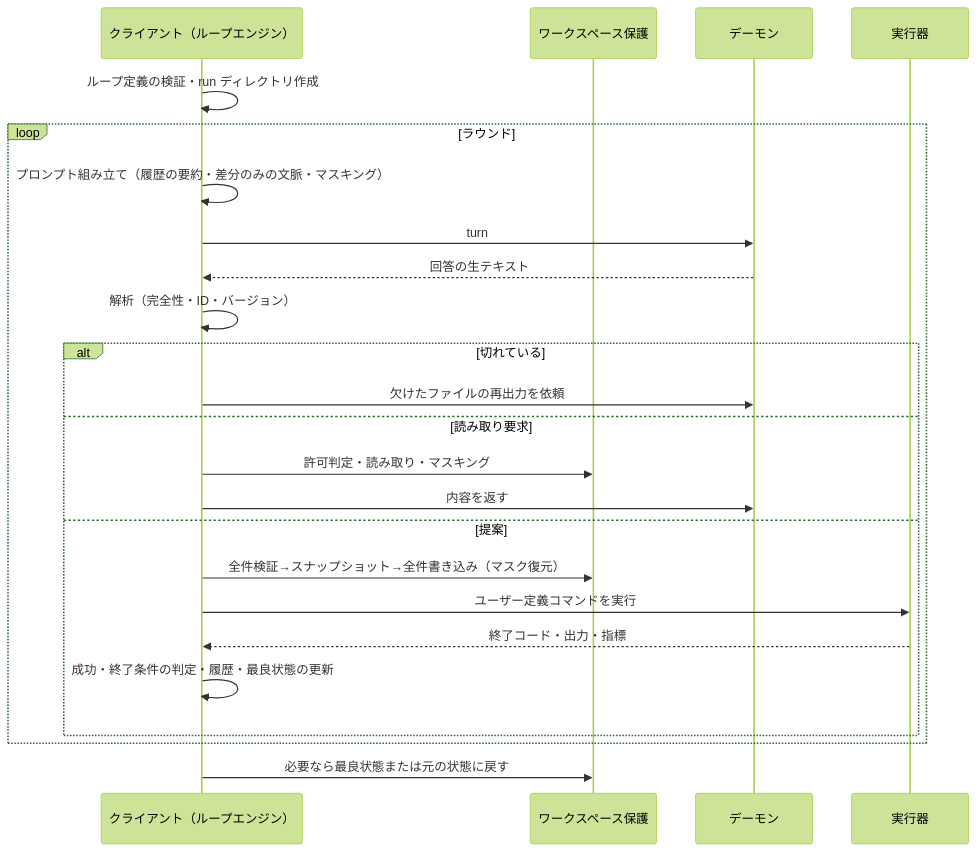
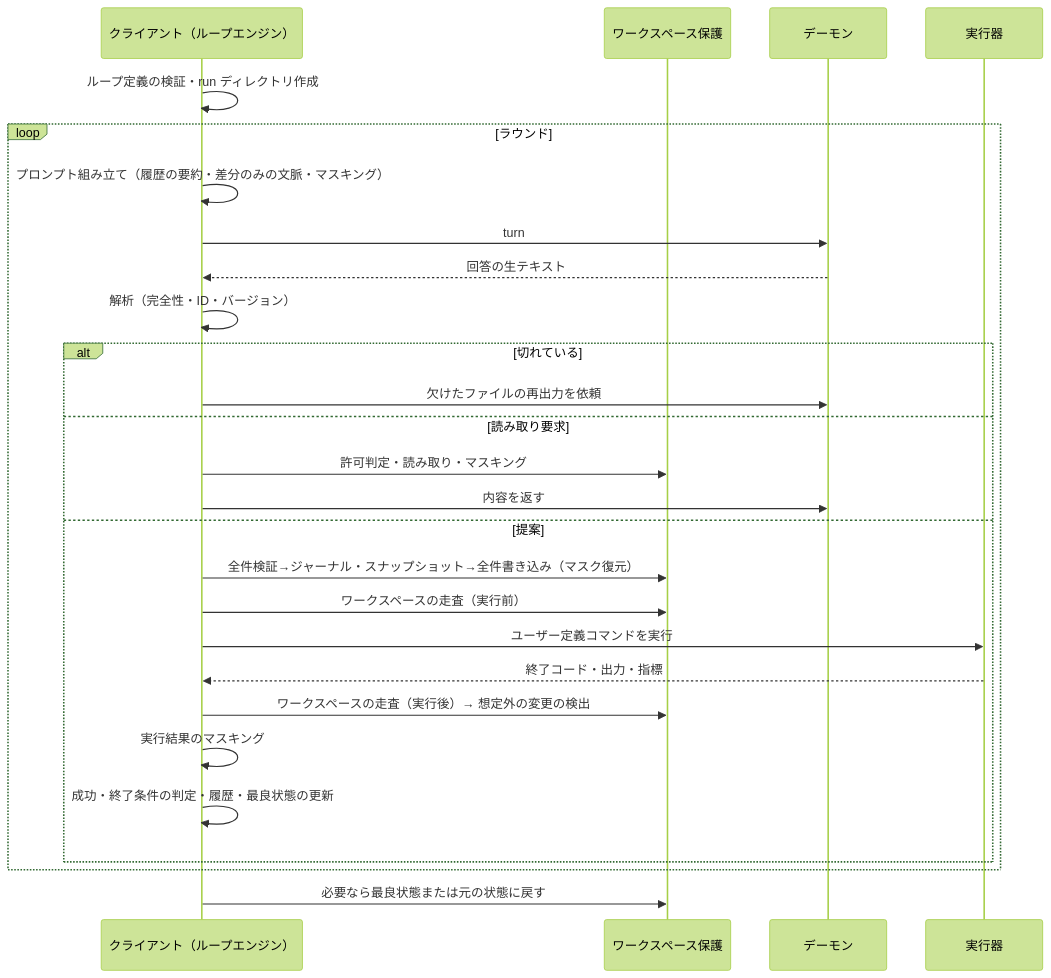
Before and after one commit to ip-sandbox/llmc: the third of 3 diagrams in docs/architecture.md, drawn with Mermaid (forest theme). The commit also changed other lines of this file and 6 other files, not shown here.

````diff
--- a/docs/architecture.md
+++ b/docs/architecture.md
@@ -120,26 +125,29 @@
 ```mermaid
 sequenceDiagram
   participant C as クライアント（ループエンジン）
   participant W as ワークスペース保護
   participant D as デーモン
   participant X as 実行器
   C->>C: ループ定義の検証・run ディレクトリ作成
   loop ラウンド
     C->>C: プロンプト組み立て（履歴の要約・差分のみの文脈・マスキング）
     C->>D: turn
     D-->>C: 回答の生テキスト
     C->>C: 解析（完全性・ID・バージョン）
     alt 切れている
       C->>D: 欠けたファイルの再出力を依頼
     else 読み取り要求
       C->>W: 許可判定・読み取り・マスキング
       C->>D: 内容を返す
     else 提案
-      C->>W: 全件検証→スナップショット→全件書き込み（マスク復元）
+      C->>W: 全件検証→ジャーナル・スナップショット→全件書き込み（マスク復元）
+      C->>W: ワークスペースの走査（実行前）
       C->>X: ユーザー定義コマンドを実行
       X-->>C: 終了コード・出力・指標
+      C->>W: ワークスペースの走査（実行後）→ 想定外の変更の検出
+      C->>C: 実行結果のマスキング
       C->>C: 成功・終了条件の判定・履歴・最良状態の更新
     end
   end
   C->>W: 必要なら最良状態または元の状態に戻す
 ```
````
